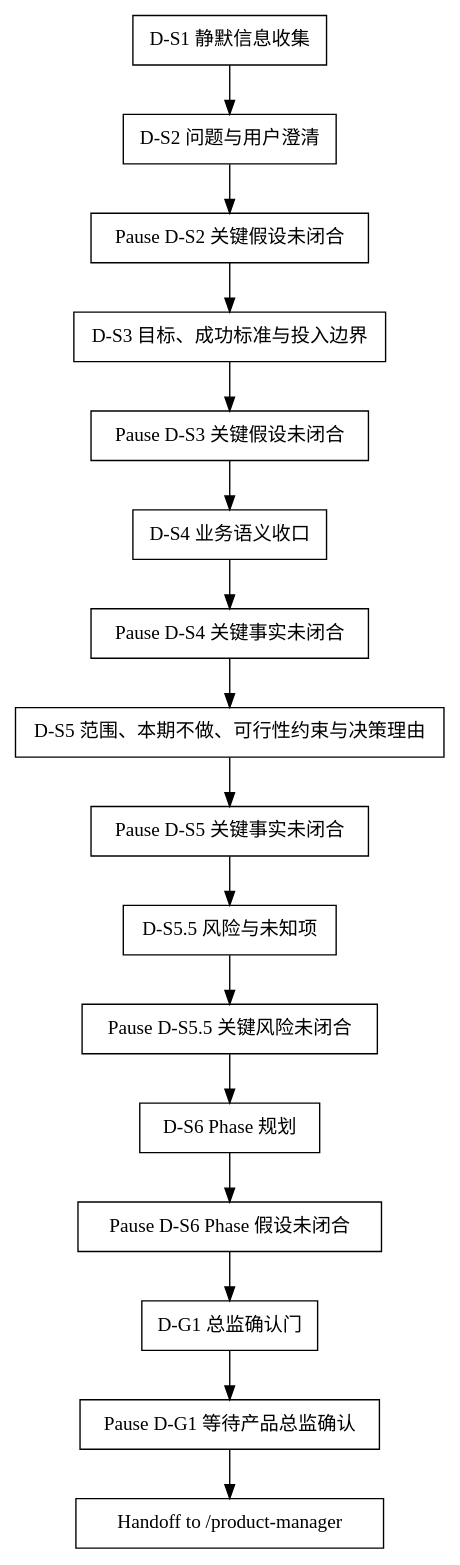
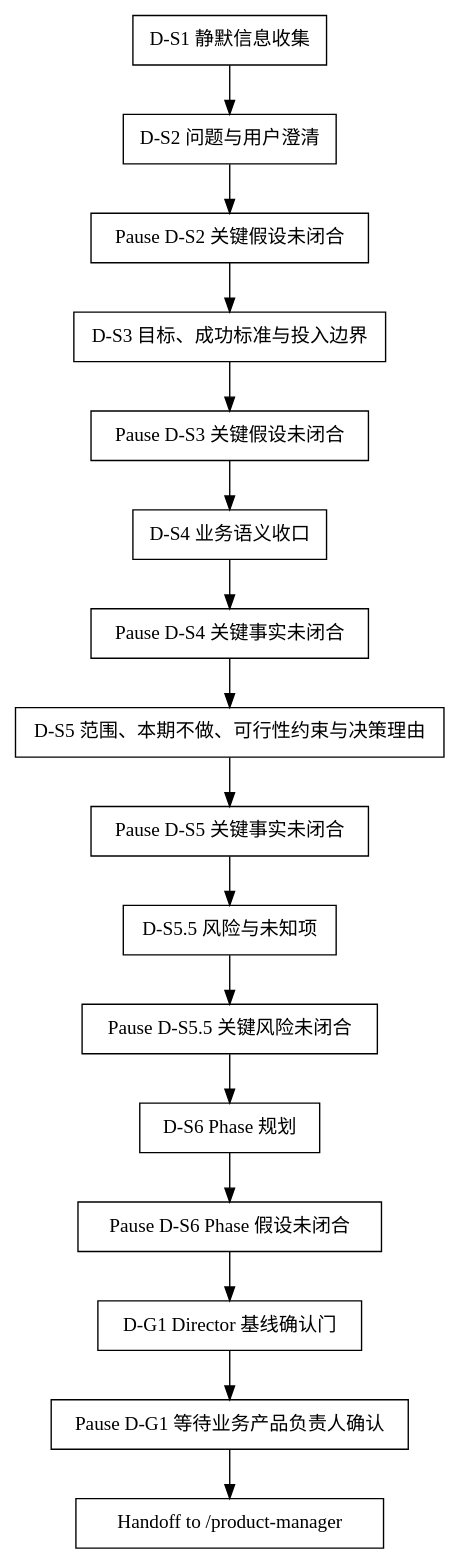
The diagram in shared/skills/product-director/SKILL.md (jieli-cqwl/org-claude-skills), drawn with Graphviz before and after one commit. The commit also changed other lines of this file and 7 other files, not shown here.

Commit message:
docs: tune product director runtime contract

````diff
--- a/shared/skills/product-director/SKILL.md
+++ b/shared/skills/product-director/SKILL.md
@@ -38,14 +38,14 @@
 ```dot
 digraph product_director_flow {
   rankdir=TB;
   node [shape=box];
   "D-S1 静默信息收集" -> "D-S2 问题与用户澄清";
   "D-S2 问题与用户澄清" -> "Pause D-S2 关键假设未闭合" -> "D-S3 目标、成功标准与投入边界";
   "D-S3 目标、成功标准与投入边界" -> "Pause D-S3 关键假设未闭合" -> "D-S4 业务语义收口";
   "D-S4 业务语义收口" -> "Pause D-S4 关键事实未闭合" -> "D-S5 范围、本期不做、可行性约束与决策理由";
   "D-S5 范围、本期不做、可行性约束与决策理由" -> "Pause D-S5 关键事实未闭合" -> "D-S5.5 风险与未知项";
   "D-S5.5 风险与未知项" -> "Pause D-S5.5 关键风险未闭合" -> "D-S6 Phase 规划";
-  "D-S6 Phase 规划" -> "Pause D-S6 Phase 假设未闭合" -> "D-G1 总监确认门";
-  "D-G1 总监确认门" -> "Pause D-G1 等待产品总监确认" -> "Handoff to /product-manager";
+  "D-S6 Phase 规划" -> "Pause D-S6 Phase 假设未闭合" -> "D-G1 Director 基线确认门";
+  "D-G1 Director 基线确认门" -> "Pause D-G1 等待业务产品负责人确认" -> "Handoff to /product-manager";
 }
 ```
````
